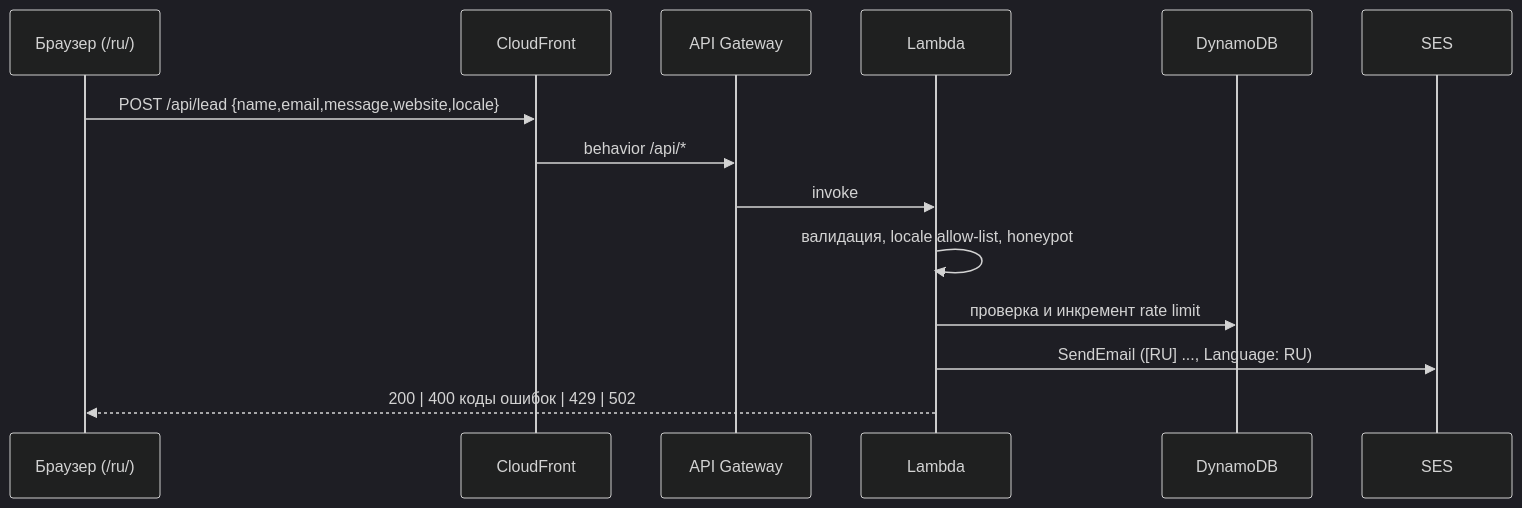
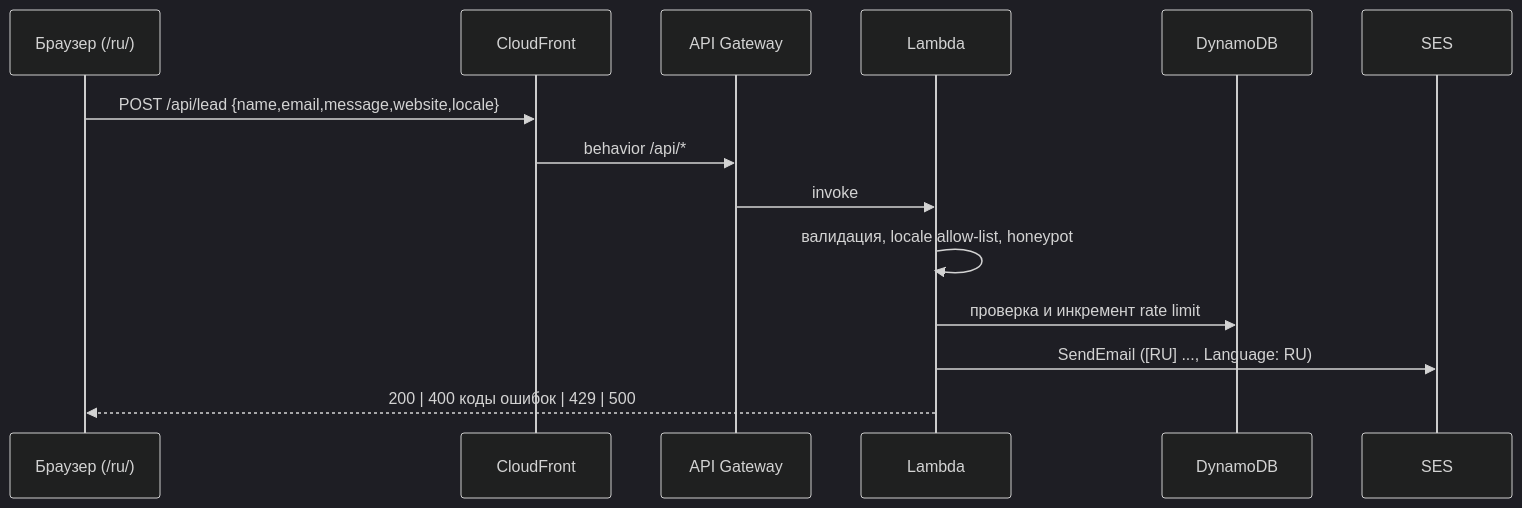
Before and after one commit to emustapaev/test1: the third of 3 diagrams in docs/architecture.md, drawn with Mermaid (dark theme). The commit also changed other lines of this file and 1 other file, not shown here.

First line of the commit message:
OpenAPI-контракт API заявок с кодами ошибок и полем locale (#42)

````diff
--- a/docs/architecture.md
+++ b/docs/architecture.md
@@ -75,16 +75,16 @@
 ```mermaid
 sequenceDiagram
     participant B as Браузер (/ru/)
     participant CF as CloudFront
     participant G as API Gateway
     participant L as Lambda
     participant D as DynamoDB
     participant S as SES
     B->>CF: POST /api/lead {name,email,message,website,locale}
     CF->>G: behavior /api/*
     G->>L: invoke
     L->>L: валидация, locale allow-list, honeypot
     L->>D: проверка и инкремент rate limit
     L->>S: SendEmail ([RU] ..., Language: RU)
-    L-->>B: 200 | 400 коды ошибок | 429 | 502
+    L-->>B: 200 | 400 коды ошибок | 429 | 500
 ```
````
